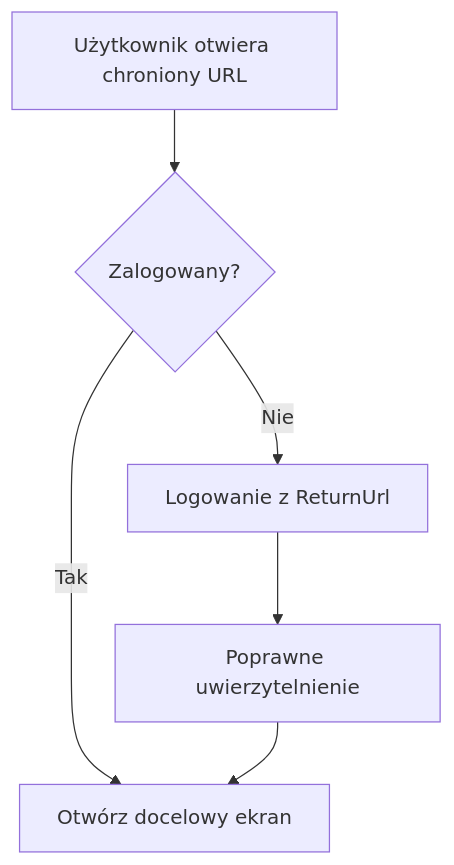
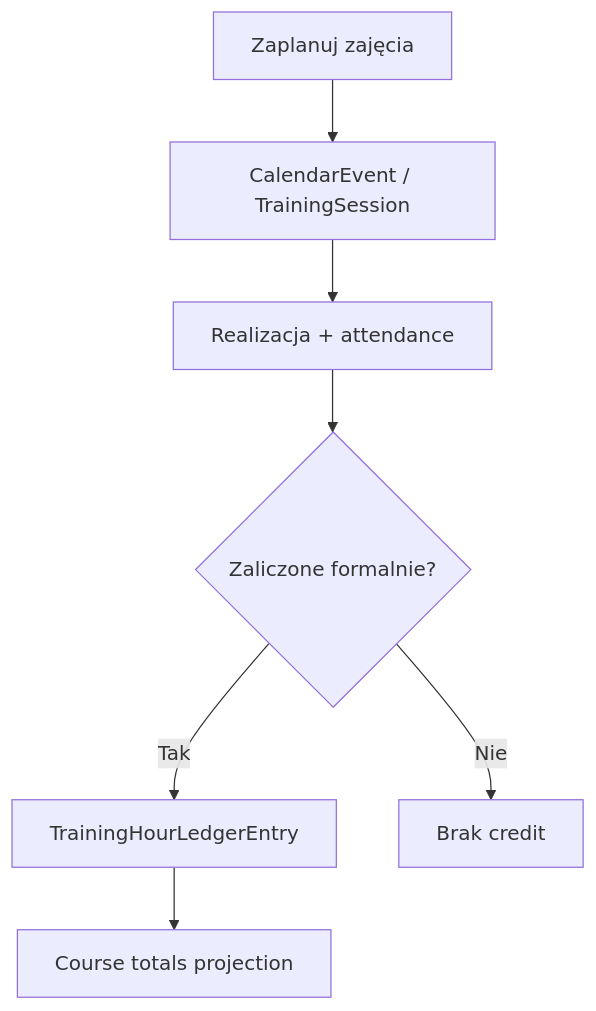
Before and after one commit to prawkonaraz100/osk-panel: the fourth of 9 diagrams in docs/03-user-flows.md, drawn with Mermaid. The commit also changed other lines of this file, not shown here.

Commit message:
docs: align user flows with consolidated core lifecycle

````diff
--- a/docs/03-user-flows.md
+++ b/docs/03-user-flows.md
@@ -19,8 +74,9 @@
 ```mermaid
 flowchart TD
-A[Użytkownik otwiera chroniony URL] --> B{Zalogowany?}
-B -->|Tak| C[Otwórz docelowy ekran]
-B -->|Nie| D[Logowanie z ReturnUrl]
-D --> E[Poprawne uwierzytelnienie]
-E --> C
+A[Zaplanuj zajęcia] --> B[CalendarEvent / TrainingSession]
+B --> C[Realizacja + attendance]
+C --> D{Zaliczone formalnie?}
+D -->|Tak| E[TrainingHourLedgerEntry]
+D -->|Nie| F[Brak credit]
+E --> G[Course totals projection]
 ```
````
